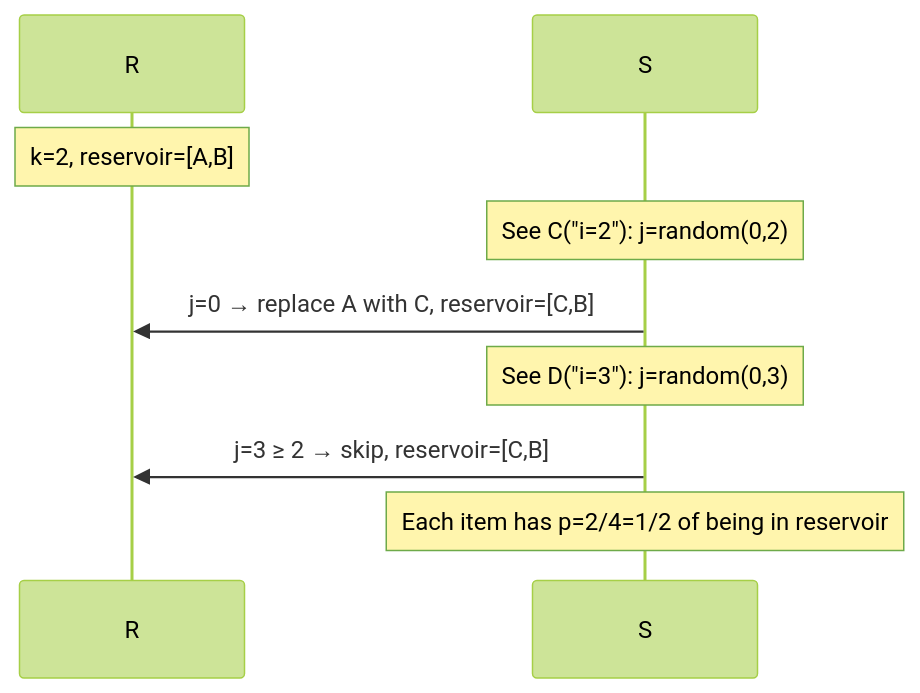
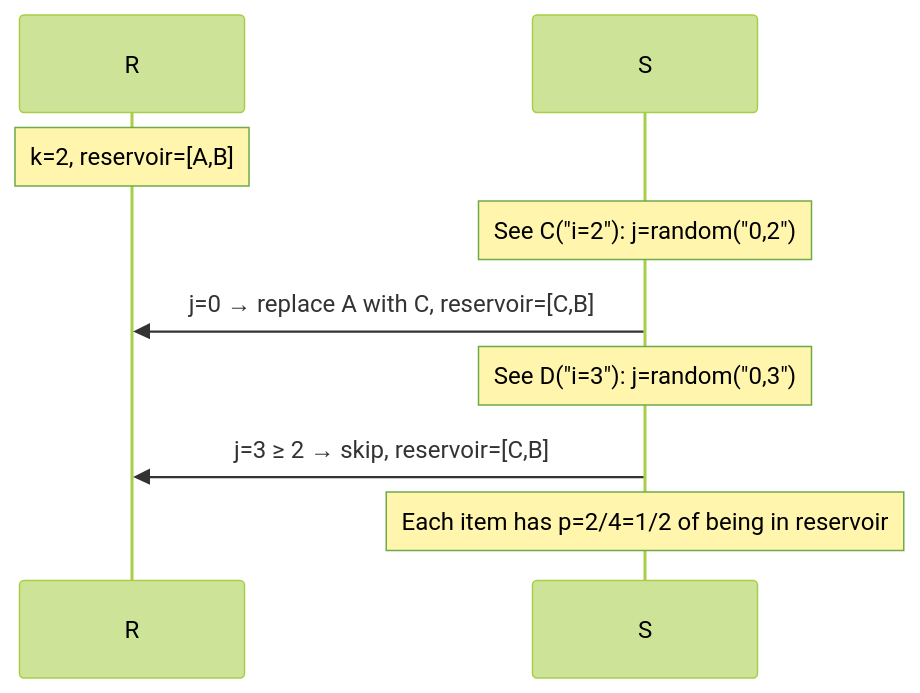
The diagram in content/questions/fundamentals/reservoir-sampling.md (pploc/swe-icon-the-moment), drawn with Mermaid (forest theme) before and after one commit. The commit also changed 138 other files, not shown here.

````diff
--- a/content/questions/fundamentals/reservoir-sampling.md
+++ b/content/questions/fundamentals/reservoir-sampling.md
@@ -47,10 +47,11 @@
 ```mermaid
 sequenceDiagram
     Note over R: k=2, reservoir=[A,B]
-    Note over S: See C("i=2"): j=random(0,2)
+    Note over S: See C("i=2"): j=random("0,2")
     S->>R: j=0 → replace A with C, reservoir=[C,B]
-    Note over S: See D("i=3"): j=random(0,3)
+    Note over S: See D("i=3"): j=random("0,3")
     S->>R: j=3 ≥ 2 → skip, reservoir=[C,B]
     Note over S: Each item has p=2/4=1/2 of being in reservoir
 
+
 ```
````
